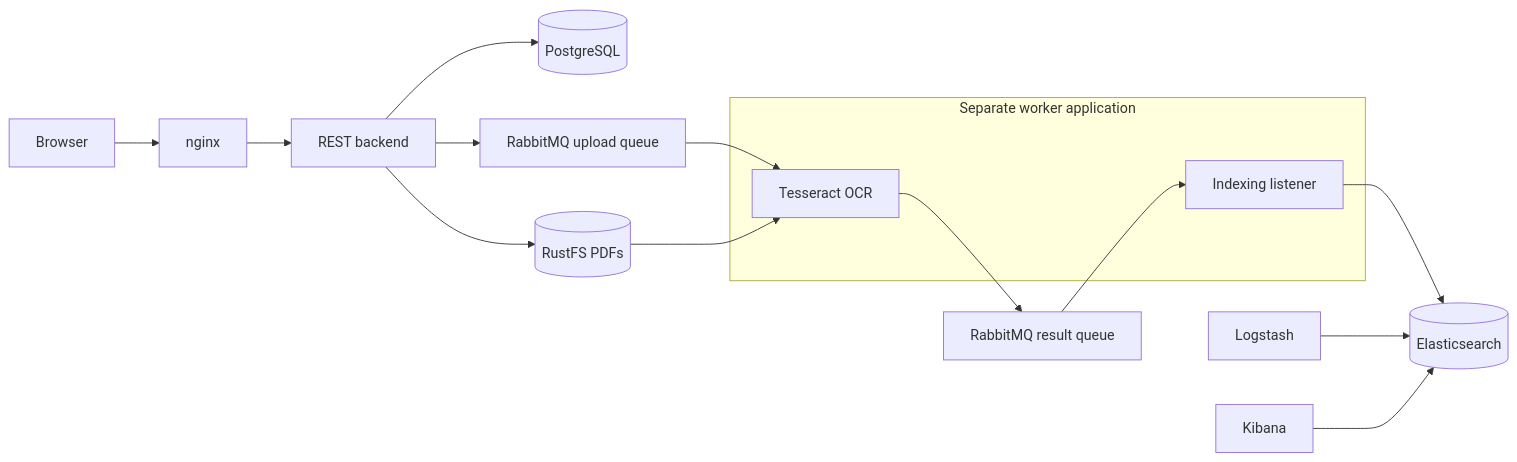
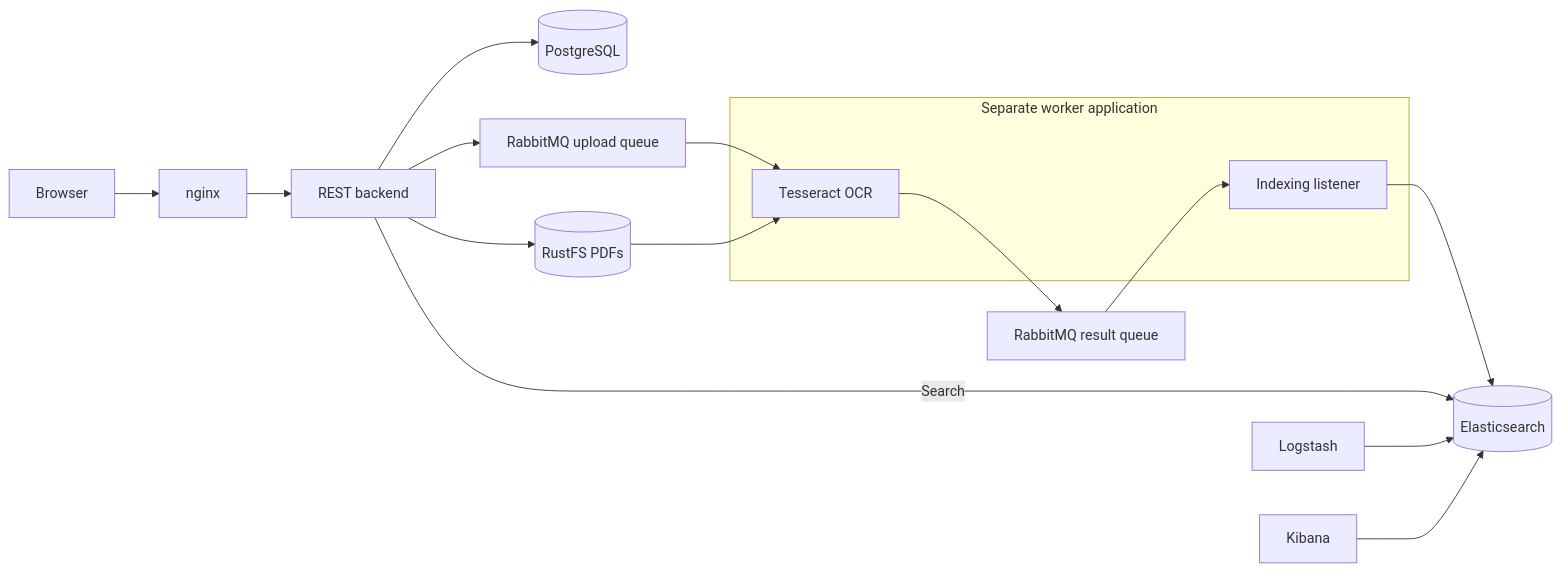
One commit to SimSta123/SWEN-3-Document-Management-System changed the diagram in README.md. Above: the diagram before and after it, drawn with Mermaid. The commit also changed other lines of this file, not shown here.

````diff
--- a/README.md
+++ b/README.md
@@ -49,17 +51,18 @@
 ```mermaid
 flowchart LR
     Browser --> nginx --> Backend[REST backend]
     Backend --> PostgreSQL[(PostgreSQL)]
     Backend --> RustFS[(RustFS PDFs)]
     Backend --> Uploads[RabbitMQ upload queue]
     subgraph Worker[Separate worker application]
         OCR[Tesseract OCR]
         Indexer[Indexing listener]
     end
     Uploads --> OCR
     RustFS --> OCR
     OCR --> Results[RabbitMQ result queue] --> Indexer
     Indexer --> Elasticsearch[(Elasticsearch)]
+    Backend -->|Search| Elasticsearch
     Logstash --> Elasticsearch
     Kibana --> Elasticsearch
 ```
````
